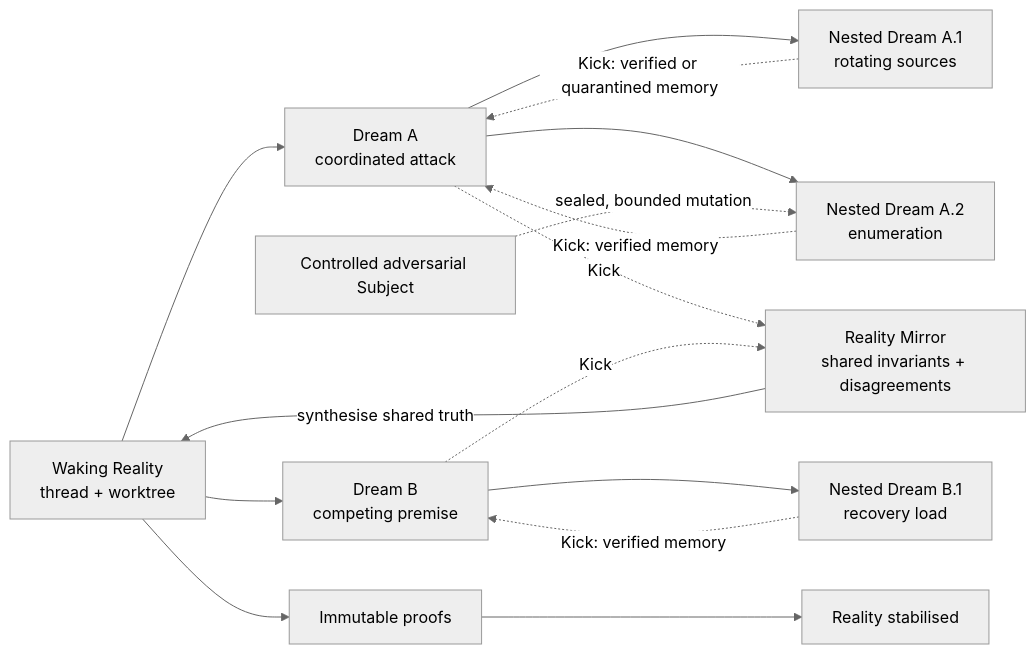
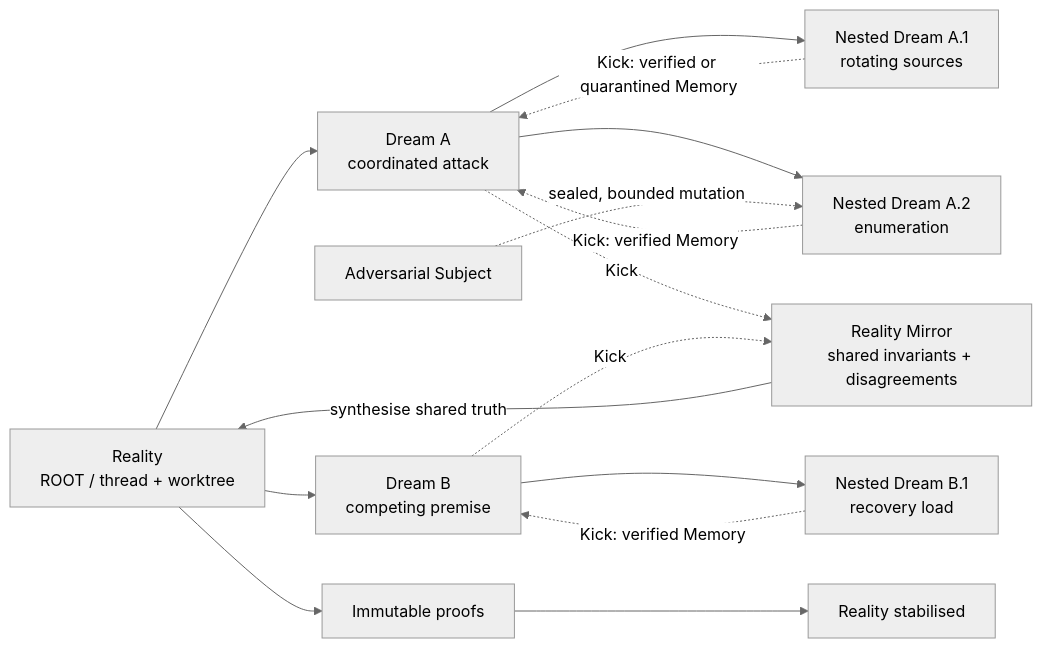
Before and after one commit to alangunning/inception-reality-engine: the diagram in README.md, drawn with Mermaid (neutral theme). The commit also changed other lines of this file and 67 other files, not shown here.

````diff
--- a/README.md
+++ b/README.md
@@ -19,17 +19,17 @@
 ```mermaid
 flowchart LR
-  W["Waking Reality<br/>thread + worktree"] --> A["Dream A<br/>coordinated attack"]
+  W["Reality<br/>ROOT / thread + worktree"] --> A["Dream A<br/>coordinated attack"]
   W --> B["Dream B<br/>competing premise"]
   A --> A1["Nested Dream A.1<br/>rotating sources"]
   A --> A2["Nested Dream A.2<br/>enumeration"]
   B --> B1["Nested Dream B.1<br/>recovery load"]
-  X["Controlled adversarial Subject"] -. "sealed, bounded mutation" .-> A2
-  A1 -. "Kick: verified or quarantined memory" .-> A
-  A2 -. "Kick: verified memory" .-> A
-  B1 -. "Kick: verified memory" .-> B
+  X["Adversarial Subject"] -. "sealed, bounded mutation" .-> A2
+  A1 -. "Kick: verified or quarantined Memory" .-> A
+  A2 -. "Kick: verified Memory" .-> A
+  B1 -. "Kick: verified Memory" .-> B
   A -. "Kick" .-> M["Reality Mirror<br/>shared invariants + disagreements"]
   B -. "Kick" .-> M
   M -->|"synthesise shared truth"| W
   W --> P["Immutable proofs"]
   P --> S["Reality stabilised"]
 ```
````
